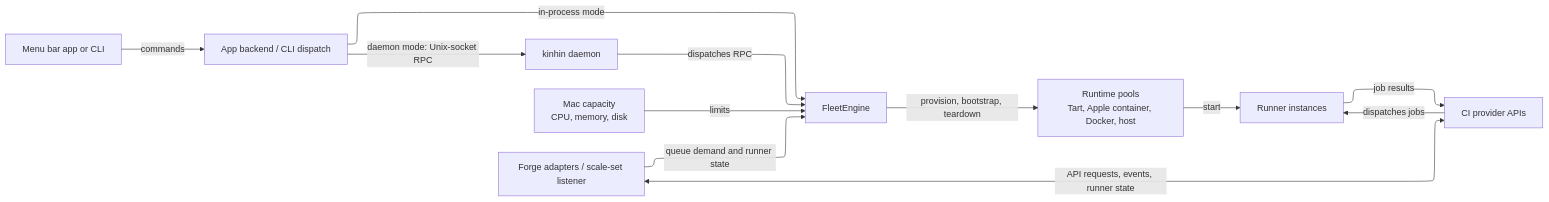
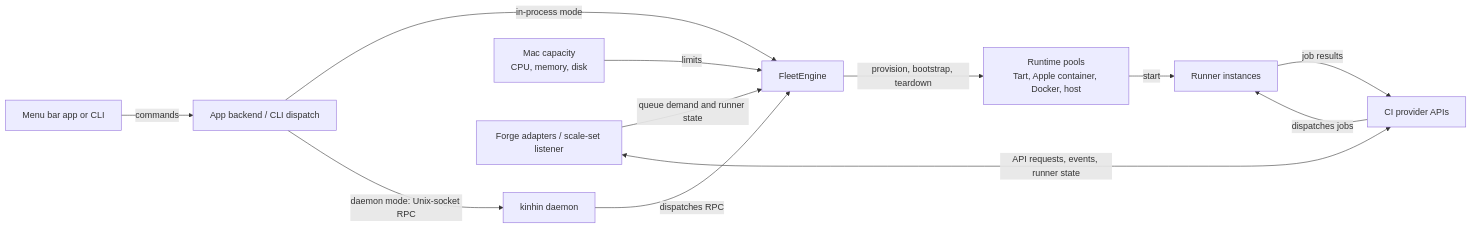
One commit to RabinApps/kinhin changed the first of 2 diagrams in docs/architecture.md. Above: the diagram before and after it, drawn with Mermaid.

Commit message:
docs: switch architecture diagram to dagre layout to avoid loading elk

````diff
--- a/docs/architecture.md
+++ b/docs/architecture.md
@@ -13,18 +13,18 @@
 ```mermaid
 ---
 config:
-  layout: elk
+  layout: dagre
 ---
 flowchart LR
     operator["Menu bar app or CLI"] -- commands --> frontend["App backend / CLI dispatch"]
     frontend -- "in-process mode" --> engine["FleetEngine"]
     frontend -- "daemon mode: Unix-socket RPC" --> daemon["kinhin daemon"]
     daemon -- dispatches RPC --> engine
     capacity["Mac capacity<br>CPU, memory, disk"] -- limits --> engine
     adapters["Forge adapters / scale-set listener"] -- queue demand and runner state --> engine
     adapters <-- API requests, events, runner state --> forge["CI provider APIs"]
     engine -- provision, bootstrap, teardown --> runtimes["Runtime pools<br>Tart, Apple container, Docker, host"]
     runtimes -- start --> runners["Runner instances"]
     forge -- dispatches jobs --> runners
     runners -- job results --> forge
 ```
````
